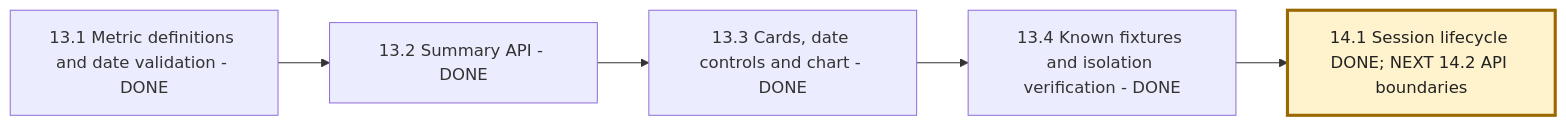
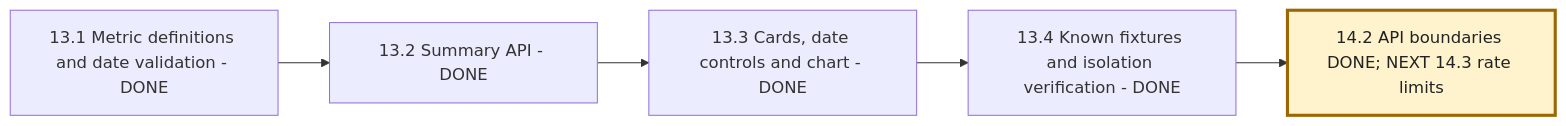
Before and after one commit to msdian0007/nexaAi: the fifth of 6 diagrams in NEXAAI_ROADMAP.md, drawn with Mermaid. The commit also changed other lines of this file and 34 other files, not shown here.

````diff
--- a/NEXAAI_ROADMAP.md
+++ b/NEXAAI_ROADMAP.md
@@ -344,8 +345,8 @@
 ```mermaid
 flowchart LR
     A[13.1 Metric definitions and date validation - DONE] --> B[13.2 Summary API - DONE]
     B --> C[13.3 Cards, date controls and chart - DONE]
     C --> D[13.4 Known fixtures and isolation verification - DONE]
-    D --> E[14.1 Session lifecycle DONE; NEXT 14.2 API boundaries]
+    D --> E[14.2 API boundaries DONE; NEXT 14.3 rate limits]
     style E fill:#fff3cd,stroke:#9a6700,stroke-width:3px,color:#222
 ```
````
